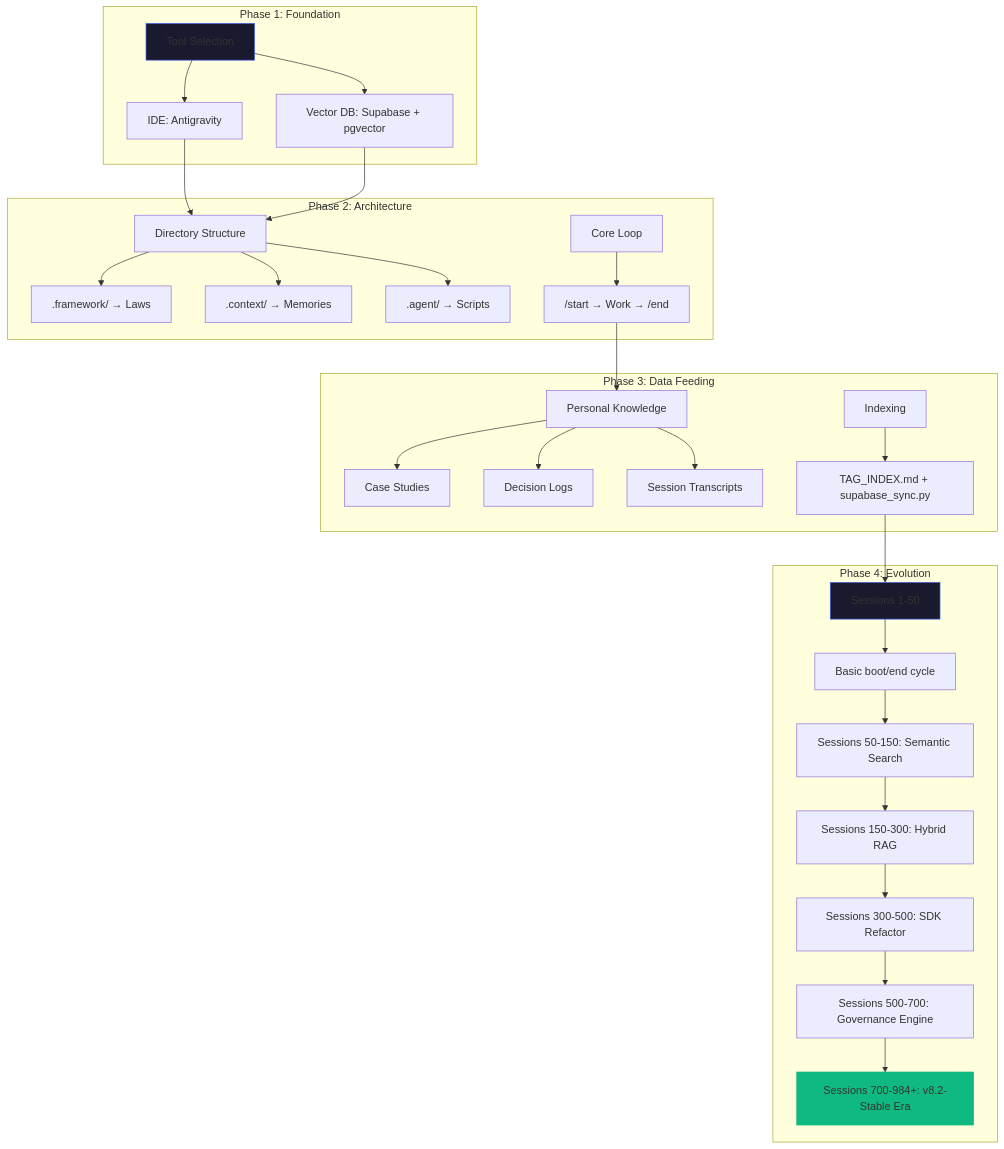
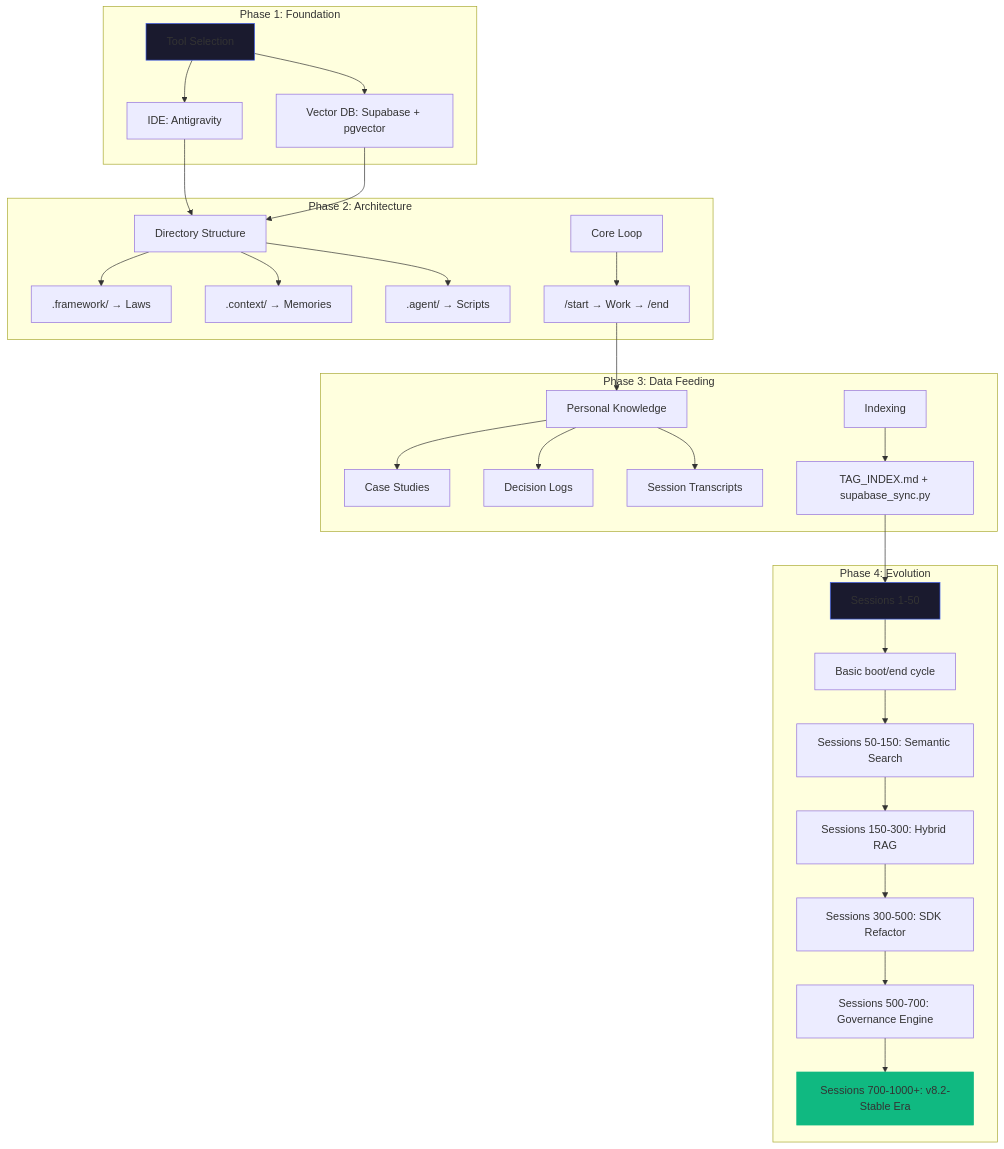
The first of 2 diagrams in README.md (agent-memory-atlas-archive/winstonkoh87--Athena-Public), drawn with Mermaid before and after one commit. The commit also changed other lines of this file, not shown here.

Commit message:
docs(README): 1000+ Sessions milestone - update metrics only

````diff
--- a/README.md
+++ b/README.md
@@ -123,39 +123,39 @@
 ```mermaid
 graph TD
     subgraph "Phase 1: Foundation"
         A[Tool Selection] --> B[IDE: Antigravity]
         A --> C[Vector DB: Supabase + pgvector]
     end
 
     subgraph "Phase 2: Architecture"
         D[Directory Structure] --> E[".framework/ → Laws"]
         D --> F[".context/ → Memories"]
         D --> G[".agent/ → Scripts"]
         H[Core Loop] --> I["/start → Work → /end"]
     end
 
     subgraph "Phase 3: Data Feeding"
         J[Personal Knowledge] --> K[Case Studies]
         J --> L[Decision Logs]
         J --> M[Session Transcripts]
         N[Indexing] --> O["TAG_INDEX.md + supabase_sync.py"]
     end
 
     subgraph "Phase 4: Evolution"
         P["Sessions 1-50"] --> Q["Basic boot/end cycle"]
         Q --> R["Sessions 50-150: Semantic Search"]
         R --> S["Sessions 150-300: Hybrid RAG"]
         S --> T["Sessions 300-500: SDK Refactor"]
         T --> U["Sessions 500-700: Governance Engine"]
-        U --> V["Sessions 700-984+: v8.2-Stable Era"]
+        U --> V["Sessions 700-1000+: v8.2-Stable Era"]
     end
 
     B --> D
     C --> D
     I --> J
     O --> P
 
     style A fill:#1a1a2e,stroke:#4361ee
     style P fill:#1a1a2e,stroke:#4361ee
     style V fill:#10b981,stroke:#10b981
 ```
````
